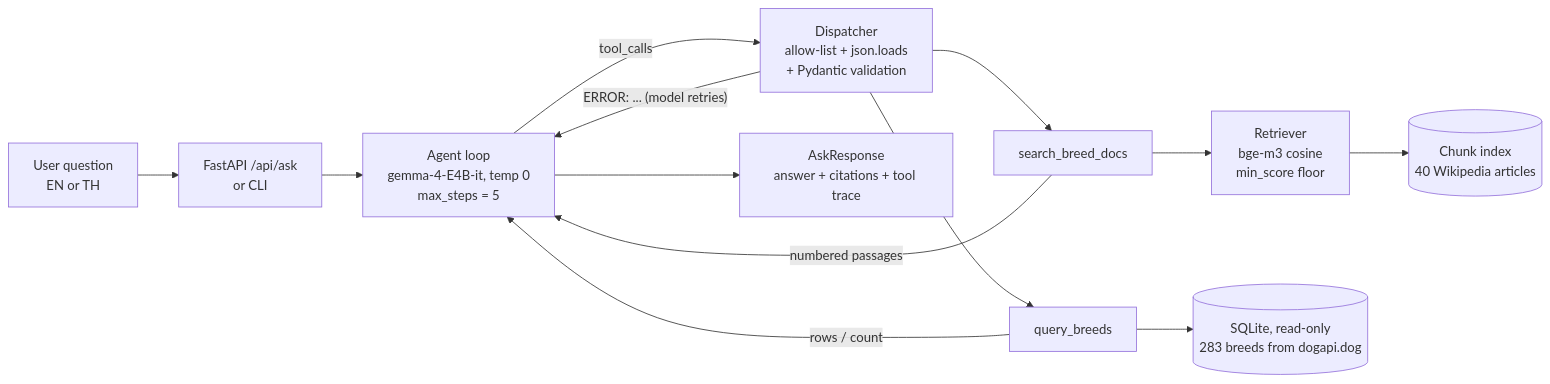
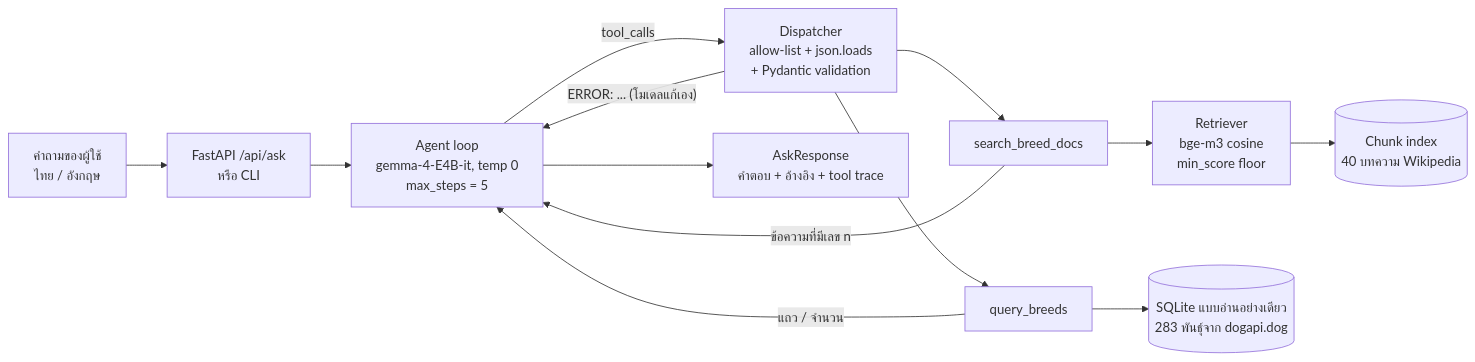
The diagram in README.md (Napat-collies/end-to-end-LLM-app-dog-), drawn with Mermaid before and after one commit. The commit also changed other lines of this file, not shown here.

Commit message:
README in Thai with question scope and list of covered breeds

````diff
--- a/README.md
+++ b/README.md
@@ -44,15 +92,15 @@
 ```mermaid
 flowchart LR
-    U[User question<br/>EN or TH] --> API[FastAPI /api/ask<br/>or CLI]
+    U[คำถามของผู้ใช้<br/>ไทย / อังกฤษ] --> API[FastAPI /api/ask<br/>หรือ CLI]
     API --> A[Agent loop<br/>gemma-4-E4B-it, temp 0<br/>max_steps = 5]
     A -- tool_calls --> D[Dispatcher<br/>allow-list + json.loads<br/>+ Pydantic validation]
     D --> S[search_breed_docs]
     D --> Q[query_breeds]
     S --> R[Retriever<br/>bge-m3 cosine<br/>min_score floor]
-    R --> IDX[(Chunk index<br/>40 Wikipedia articles)]
-    Q --> DB[(SQLite, read-only<br/>283 breeds from dogapi.dog)]
-    S -- numbered passages --> A
-    Q -- rows / count --> A
-    D -- "ERROR: ... (model retries)" --> A
-    A --> O[AskResponse<br/>answer + citations + tool trace]
+    R --> IDX[(Chunk index<br/>40 บทความ Wikipedia)]
+    Q --> DB[(SQLite แบบอ่านอย่างเดียว<br/>283 พันธุ์จาก dogapi.dog)]
+    S -- ข้อความที่มีเลข n --> A
+    Q -- แถว / จำนวน --> A
+    D -- "ERROR: ... (โมเดลแก้เอง)" --> A
+    A --> O[AskResponse<br/>คำตอบ + อ้างอิง + tool trace]
 ```
````
